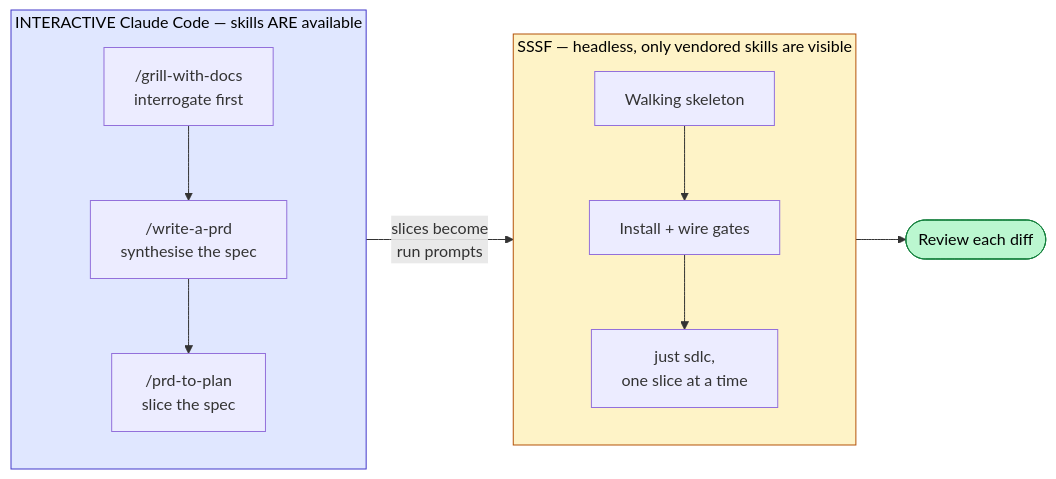
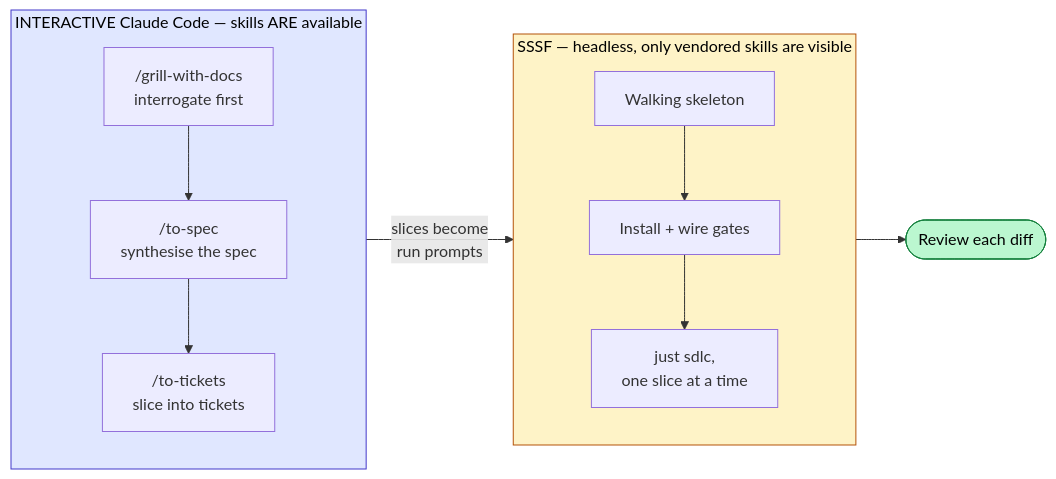
The fourth of 7 diagrams in docs/playbook-adopting-sssf.md (joystick/super-simple-software-factory), drawn with Mermaid before and after one commit. The commit also changed other lines of this file and 1 other file, not shown here.

````diff
--- a/docs/playbook-adopting-sssf.md
+++ b/docs/playbook-adopting-sssf.md
@@ -252,17 +254,17 @@
 ```mermaid
 flowchart LR
     subgraph I["INTERACTIVE Claude Code — skills ARE available"]
         direction TB
-        P1["/grill-with-docs<br/>interrogate first"] --> P2["/write-a-prd<br/>synthesise the spec"] --> P3["/prd-to-plan<br/>slice the spec"]
+        P1["/grill-with-docs<br/>interrogate first"] --> P2["/to-spec<br/>synthesise the spec"] --> P3["/to-tickets<br/>slice into tickets"]
     end
     subgraph S["SSSF — headless, only vendored skills are visible"]
         direction TB
         S1[Walking skeleton] --> S2[Install + wire gates] --> S3[just sdlc,<br/>one slice at a time]
     end
     P3 -->|"slices become<br/>run prompts"| S1
     S3 --> Rev([Review each diff])
 
     style I fill:#e0e7ff,stroke:#4338ca,color:#000
     style S fill:#fef3c7,stroke:#b45309,color:#000
     style Rev fill:#bbf7d0,stroke:#15803d,color:#000
 ```
````
